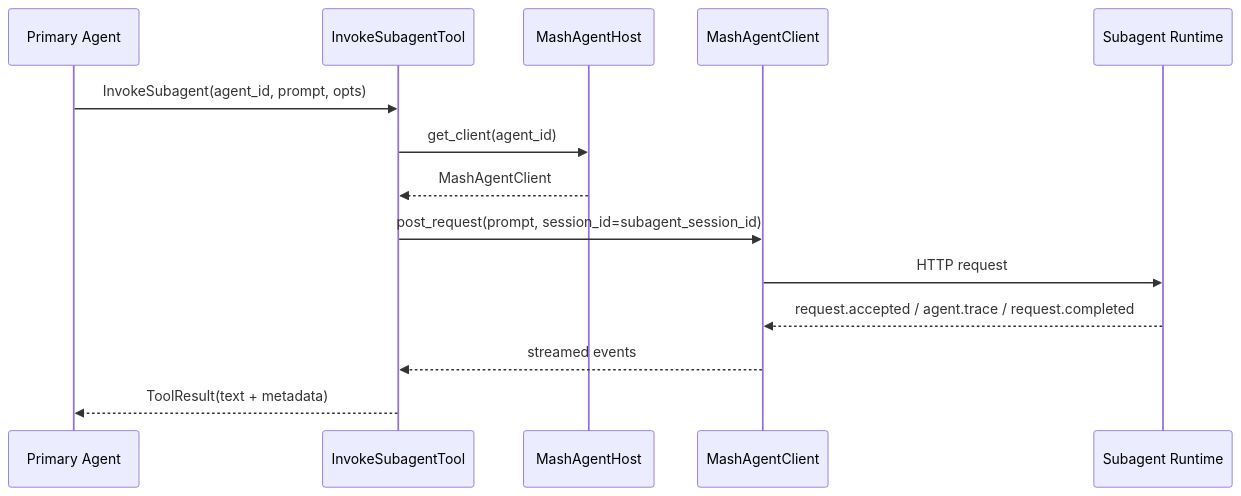
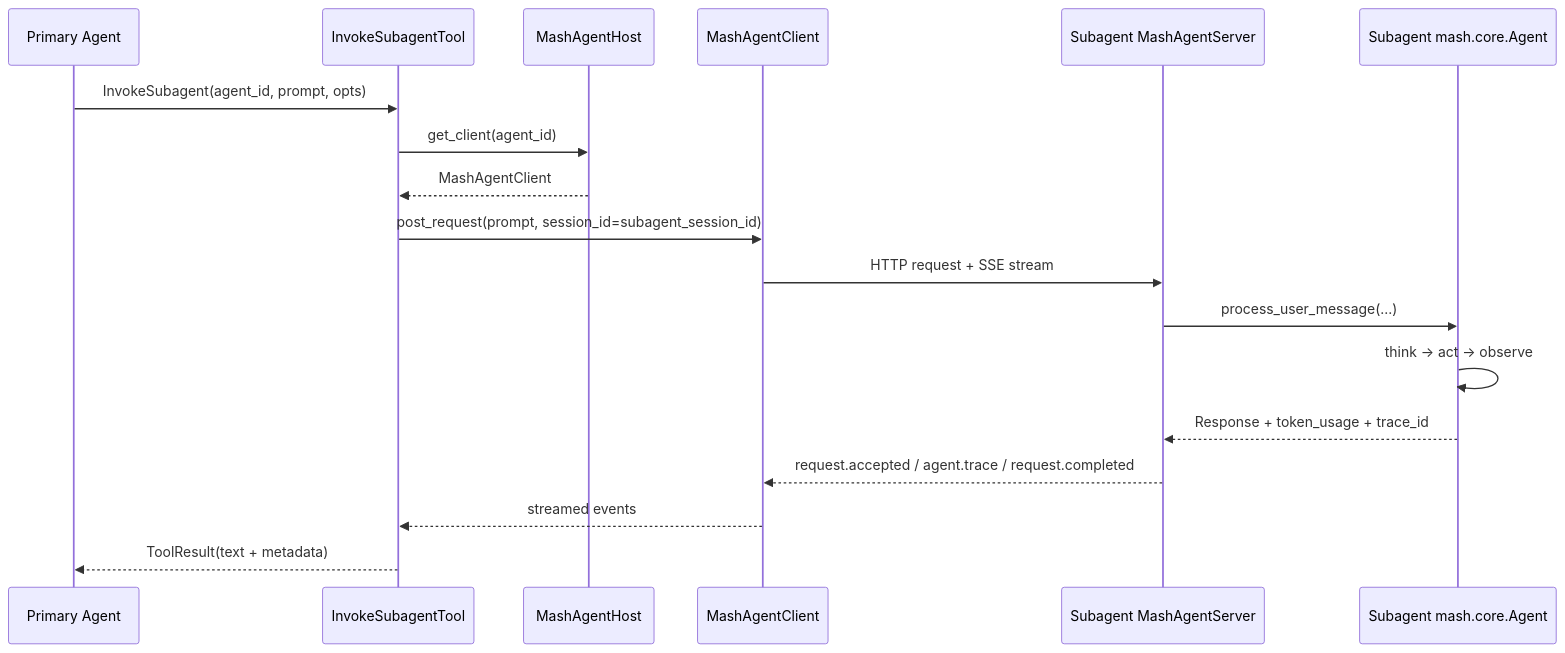
One commit to imsid/mashpy changed the third of 3 diagrams in README.md. Above: the diagram before and after it, drawn with Mermaid. The commit also changed other lines of this file, not shown here.

````diff
--- a/README.md
+++ b/README.md
@@ -180,17 +187,21 @@
 ```mermaid
 sequenceDiagram
     participant Primary as Primary Agent
     participant Tool as InvokeSubagentTool
     participant Host as MashAgentHost
     participant Client as MashAgentClient
-    participant Subagent as Subagent Runtime
+    participant Server as Subagent MashAgentServer
+    participant Subagent as Subagent mash.core.Agent
 
     Primary->>Tool: InvokeSubagent(agent_id, prompt, opts)
     Tool->>Host: get_client(agent_id)
     Host-->>Tool: MashAgentClient
     Tool->>Client: post_request(prompt, session_id=subagent_session_id)
-    Client->>Subagent: HTTP request
-    Subagent-->>Client: request.accepted / agent.trace / request.completed
+    Client->>Server: HTTP request + SSE stream
+    Server->>Subagent: process_user_message(...)
+    Subagent->>Subagent: think -> act -> observe
+    Subagent-->>Server: Response + token_usage + trace_id
+    Server-->>Client: request.accepted / agent.trace / request.completed
     Client-->>Tool: streamed events
     Tool-->>Primary: ToolResult(text + metadata)
 ```
````
